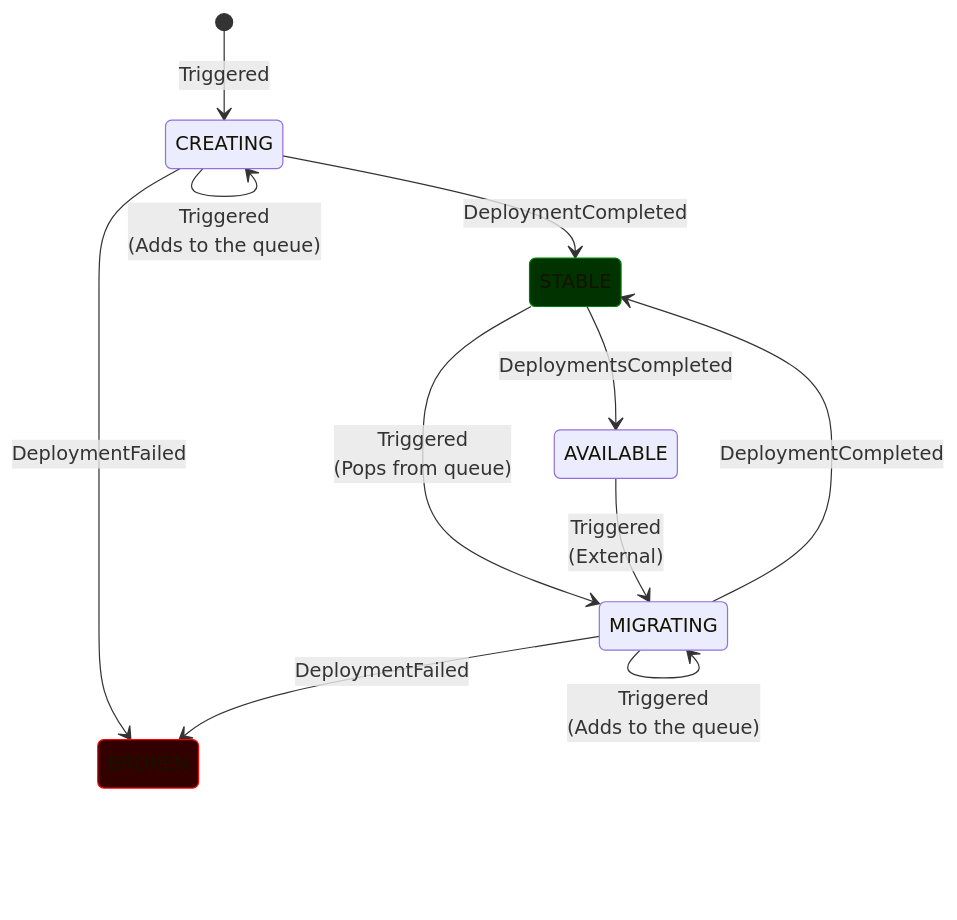
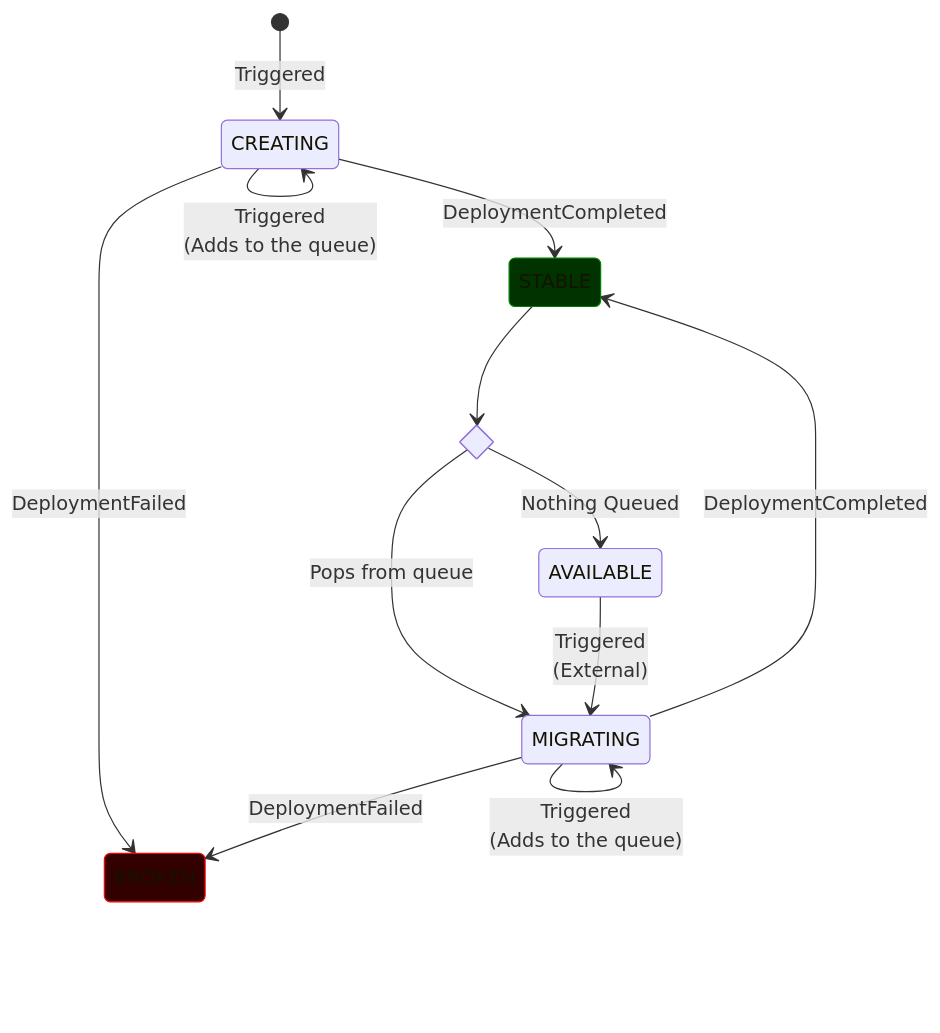
Before and after one commit to pentops/o5-pb: the first of 2 diagrams in proto/o5/deployer/v1/README.md, drawn with Mermaid.

Commit message:
Update state stack diagram to match

````diff
--- a/proto/o5/deployer/v1/README.md
+++ b/proto/o5/deployer/v1/README.md
@@ -7,16 +7,18 @@
 ```mermaid
 stateDiagram-v2
 	classDef error stroke:red,fill:#330000
     classDef auto stroke:green,fill:#003300
 
 	[*] --> CREATING : Triggered
 	CREATING --> CREATING : Triggered<br>(Adds to the queue)
 	CREATING --> STABLE : DeploymentCompleted
-	STABLE:::auto --> AVAILABLE : DeploymentsCompleted
-	STABLE --> MIGRATING : Triggered<br>(Pops from queue)
+	state stable <<choice>>
+	STABLE:::auto --> stable
+	stable --> AVAILABLE : Nothing Queued
+	stable --> MIGRATING : Pops from queue
 	AVAILABLE --> MIGRATING : Triggered<br>(External)
 	MIGRATING --> STABLE : DeploymentCompleted
 	MIGRATING --> MIGRATING : Triggered<br>(Adds to the queue)
 	CREATING --> BROKEN:::error : DeploymentFailed
 	MIGRATING --> BROKEN : DeploymentFailed
 ```
````
